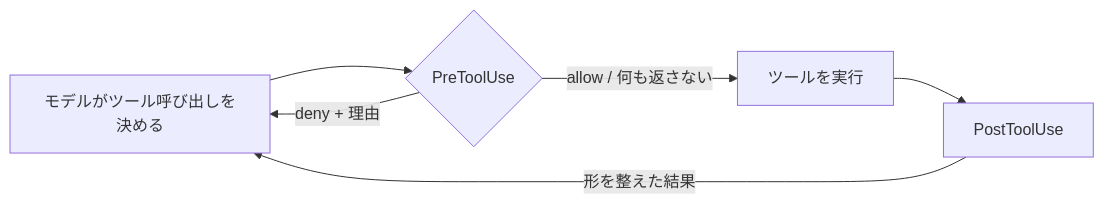
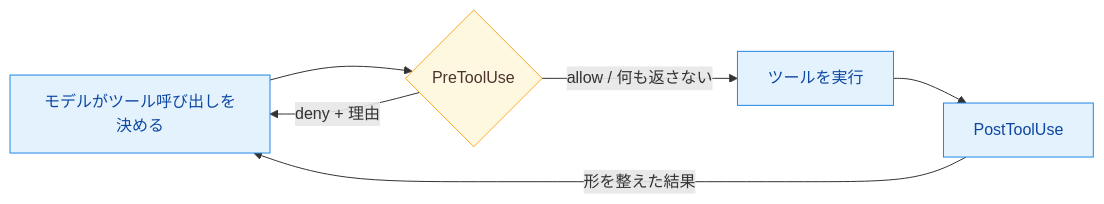
The diagram in ccaf/notes/01-agentic-architecture/sdk-hooks-interception.md (yuya-take/yuya-exam-notes), drawn with Mermaid before and after one commit. The commit also changed other lines of this file and 50 other files, not shown here.

````diff
--- a/ccaf/notes/01-agentic-architecture/sdk-hooks-interception.md
+++ b/ccaf/notes/01-agentic-architecture/sdk-hooks-interception.md
@@ -12,8 +12,12 @@
 ```mermaid
 flowchart LR
   M[モデルがツール呼び出しを決める] --> P{PreToolUse}
   P -- deny + 理由 --> M
-  P -- allow / 何も返さない --> T[ツールを実行]
+  P -- "allow / 何も返さない" --> T[ツールを実行]
   T --> Q[PostToolUse]
   Q -- 形を整えた結果 --> M
+  classDef run fill:#e3f2fd,stroke:#1e88e5,color:#0d47a1
+  classDef judge fill:#fff8e1,stroke:#f9a825,color:#4e342e
+  class M,T,Q run
+  class P judge
 ```
````
